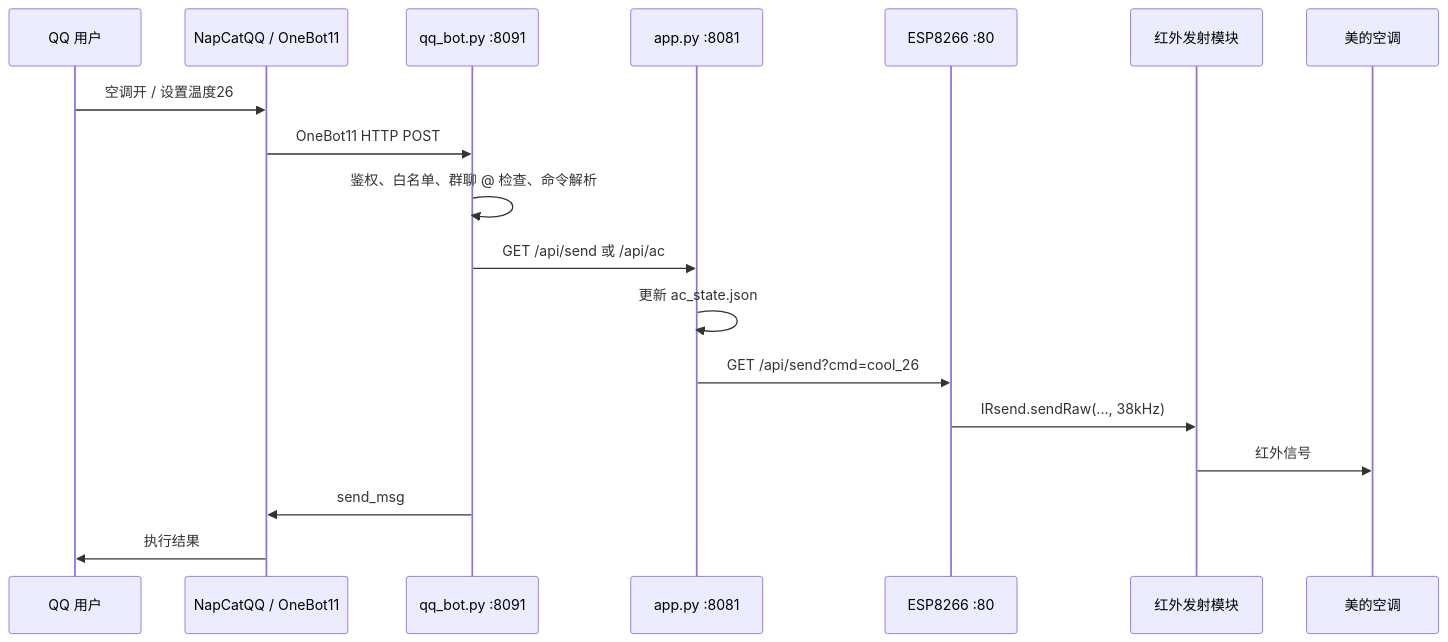
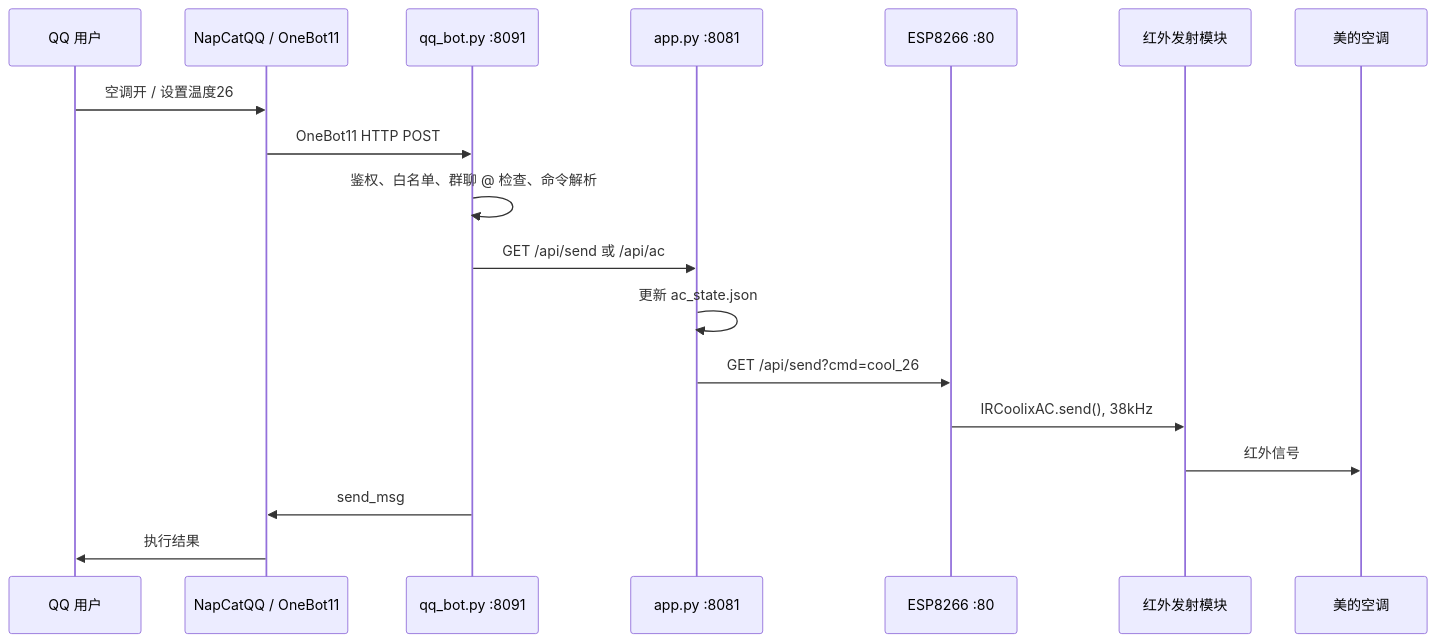
One commit to Greyd0ve/orange-pi-esp8266-ac-remote changed the diagram in docs/architecture.md. Above: the diagram before and after it, drawn with Mermaid. The commit also changed other lines of this file and 7 other files, not shown here.

````diff
--- a/docs/architecture.md
+++ b/docs/architecture.md
@@ -5,21 +5,21 @@
 ```mermaid
 sequenceDiagram
     participant U as QQ 用户
     participant N as NapCatQQ / OneBot11
     participant B as qq_bot.py :8091
     participant A as app.py :8081
     participant E as ESP8266 :80
     participant I as 红外发射模块
     participant C as 美的空调
 
     U->>N: 空调开 / 设置温度26
     N->>B: OneBot11 HTTP POST
     B->>B: 鉴权、白名单、群聊 @ 检查、命令解析
     B->>A: GET /api/send 或 /api/ac
     A->>A: 更新 ac_state.json
     A->>E: GET /api/send?cmd=cool_26
-    E->>I: IRsend.sendRaw(..., 38kHz)
+    E->>I: IRCoolixAC.send(), 38kHz
     I->>C: 红外信号
     B->>N: send_msg
     N->>U: 执行结果
 ```
````
